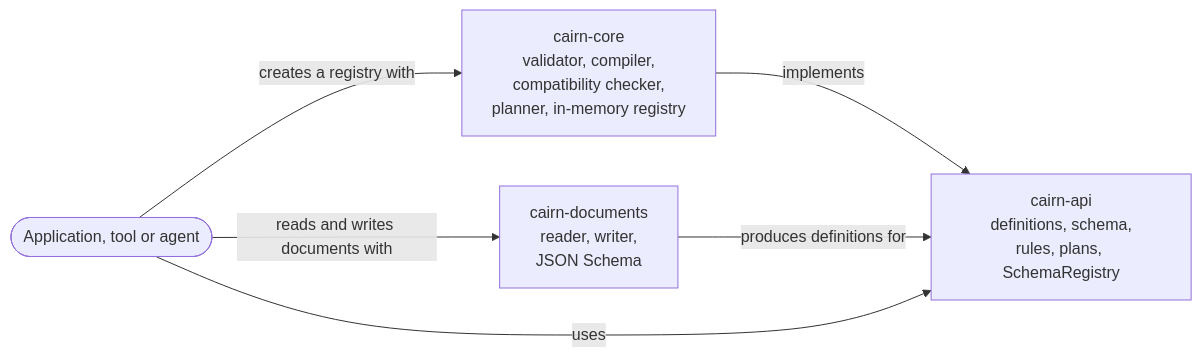
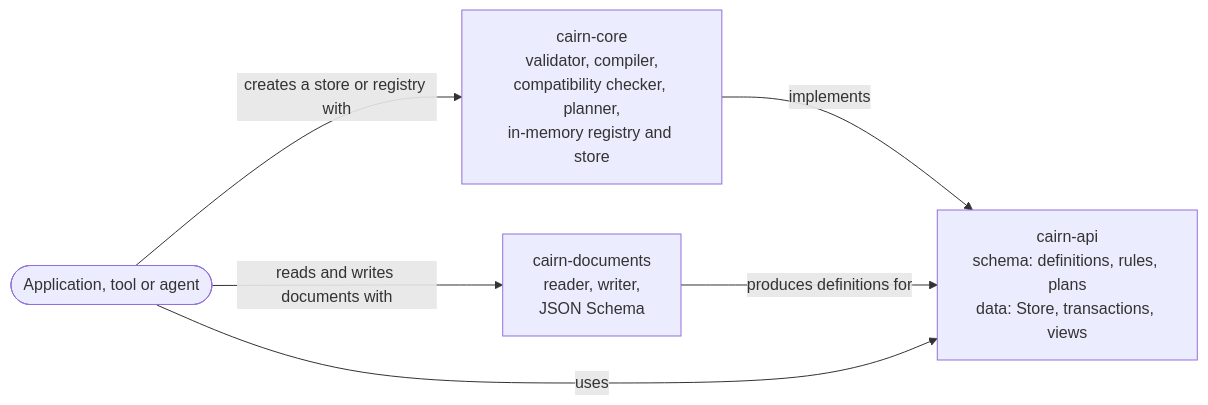
One commit to enricoag1982/Cairn changed the second of 3 diagrams in docs/architecture/README.md. Above: the diagram before and after it, drawn with Mermaid. The commit also changed other lines of this file and 3 other files, not shown here.

First line of the commit message:
docs: describe the in-memory store, commits and views

````diff
--- a/docs/architecture/README.md
+++ b/docs/architecture/README.md
@@ -70,8 +70,8 @@
 ```mermaid
 flowchart LR
-    core[cairn-core<br/>validator, compiler,<br/>compatibility checker,<br/>planner, in-memory registry] -->|implements| api[cairn-api<br/>definitions, schema,<br/>rules, plans, SchemaRegistry]
+    core[cairn-core<br/>validator, compiler,<br/>compatibility checker, planner,<br/>in-memory registry and store] -->|implements| api[cairn-api<br/>schema: definitions, rules, plans<br/>data: Store, transactions, views]
     docs[cairn-documents<br/>reader, writer,<br/>JSON Schema] -->|produces definitions for| api
     app([Application, tool or agent]) -->|uses| api
-    app -->|creates a registry with| core
+    app -->|creates a store or registry with| core
     app -->|reads and writes documents with| docs
 ```
````
